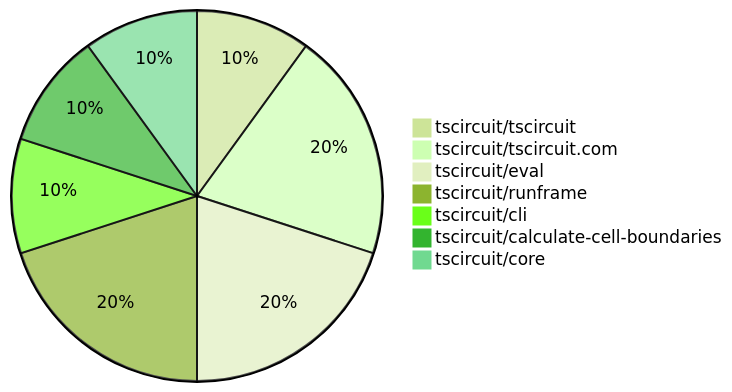
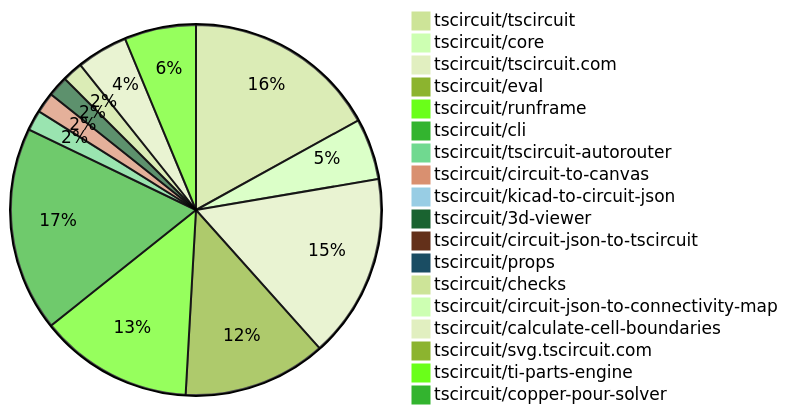
Before and after one commit to tscircuit/contribution-tracker: the diagram in contribution-overviews/2026-06-02.md, drawn with Mermaid (forest theme). The commit also changed other lines of this file and 3 other files, not shown here.

````diff
--- a/contribution-overviews/2026-06-02.md
+++ b/contribution-overviews/2026-06-02.md
@@ -12,10 +12,21 @@
 ```mermaid
 pie
-    "tscircuit/tscircuit" : 1
-    "tscircuit/tscircuit.com" : 2
-    "tscircuit/eval" : 2
-    "tscircuit/runframe" : 2
-    "tscircuit/cli" : 1
-    "tscircuit/calculate-cell-boundaries" : 1
-    "tscircuit/core" : 1
+    "tscircuit/tscircuit" : 19
+    "tscircuit/core" : 6
+    "tscircuit/tscircuit.com" : 18
+    "tscircuit/eval" : 14
+    "tscircuit/runframe" : 15
+    "tscircuit/cli" : 20
+    "tscircuit/tscircuit-autorouter" : 2
+    "tscircuit/circuit-to-canvas" : 2
+    "tscircuit/kicad-to-circuit-json" : 1
+    "tscircuit/3d-viewer" : 2
+    "tscircuit/circuit-json-to-tscircuit" : 1
+    "tscircuit/props" : 1
+    "tscircuit/checks" : 2
+    "tscircuit/circuit-json-to-connectivity-map" : 1
+    "tscircuit/calculate-cell-boundaries" : 5
+    "tscircuit/svg.tscircuit.com" : 1
+    "tscircuit/ti-parts-engine" : 7
+    "tscircuit/copper-pour-solver" : 1
 ```
````
